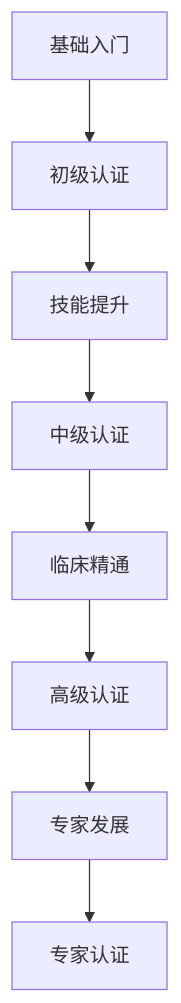
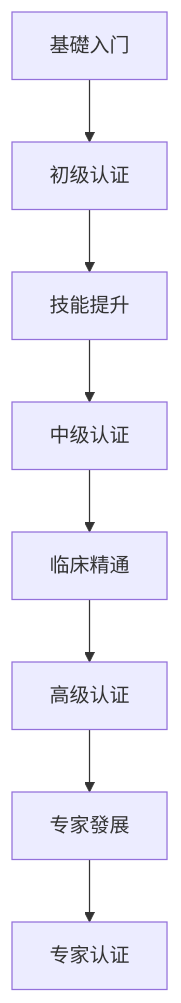
The second of 2 diagrams in 3 Resources/01-Tech/🏥 专业知识/耳穴知识库/08_实践指南/耳穴学习路线图.md (kmjade/knowledge-value), drawn with Mermaid before and after one commit. The commit also changed other lines of this file and 653 other files, not shown here.

````diff
--- a/3 Resources/01-Tech/🏥 专业知识/耳穴知识库/08_实践指南/耳穴学习路线图.md
+++ b/3 Resources/01-Tech/🏥 专业知识/耳穴知识库/08_实践指南/耳穴学习路线图.md
@@ -449,10 +449,10 @@
 ```mermaid
 graph TD
-    A[基础入门] --> B[初级认证]
+    A[基礎入门] --> B[初级认证]
     B --> C[技能提升]
     C --> D[中级认证]
     D --> E[临床精通]
     E --> F[高级认证]
-    F --> G[专家发展]
+    F --> G[专家發展]
     G --> H[专家认证]
 ```
````
